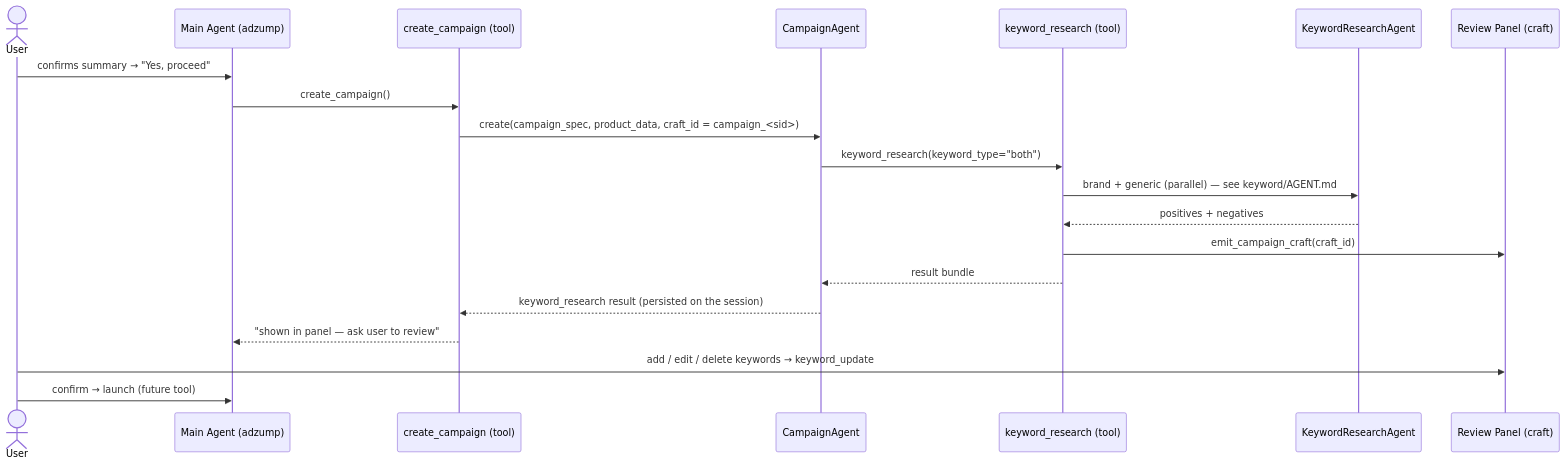
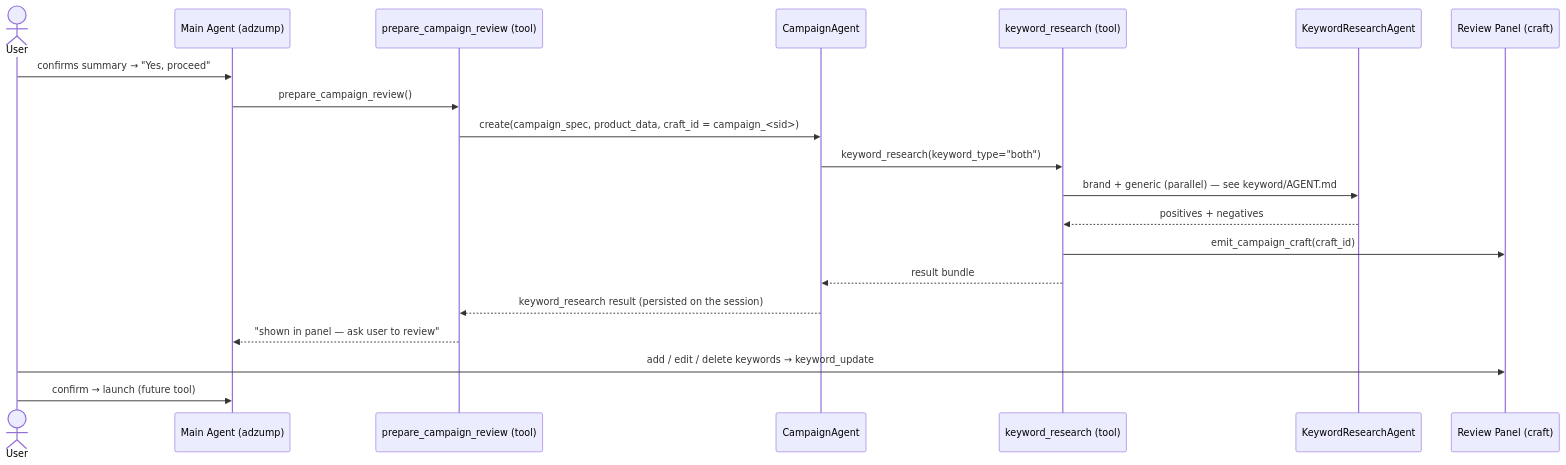
One commit to modlix-india/nocode-ai changed the diagram in app/agents/adzump/agents/campaign/AGENT.md. Above: the diagram before and after it, drawn with Mermaid. The commit also changed other lines of this file and 20 other files, not shown here.

First line of the commit message:
refactor(adzump): keyword/campaign cleanups from code review

````diff
--- a/app/agents/adzump/agents/campaign/AGENT.md
+++ b/app/agents/adzump/agents/campaign/AGENT.md
@@ -19,23 +19,23 @@
 ```mermaid
 sequenceDiagram
     actor User
     participant Main as Main Agent (adzump)
-    participant CC as create_campaign (tool)
+    participant CC as prepare_campaign_review (tool)
     participant CA as CampaignAgent
     participant KR as keyword_research (tool)
     participant KA as KeywordResearchAgent
     participant Panel as Review Panel (craft)
 
     User->>Main: confirms summary → "Yes, proceed"
-    Main->>CC: create_campaign()
+    Main->>CC: prepare_campaign_review()
     CC->>CA: create(campaign_spec, product_data, craft_id = campaign_<sid>)
     CA->>KR: keyword_research(keyword_type="both")
     KR->>KA: brand + generic (parallel) — see keyword/AGENT.md
     KA-->>KR: positives + negatives
     KR->>Panel: emit_campaign_craft(craft_id)
     KR-->>CA: result bundle
     CA-->>CC: keyword_research result (persisted on the session)
     CC-->>Main: "shown in panel — ask user to review"
     User->>Panel: add / edit / delete keywords → keyword_update
     User->>Main: confirm → launch (future tool)
 ```
````
